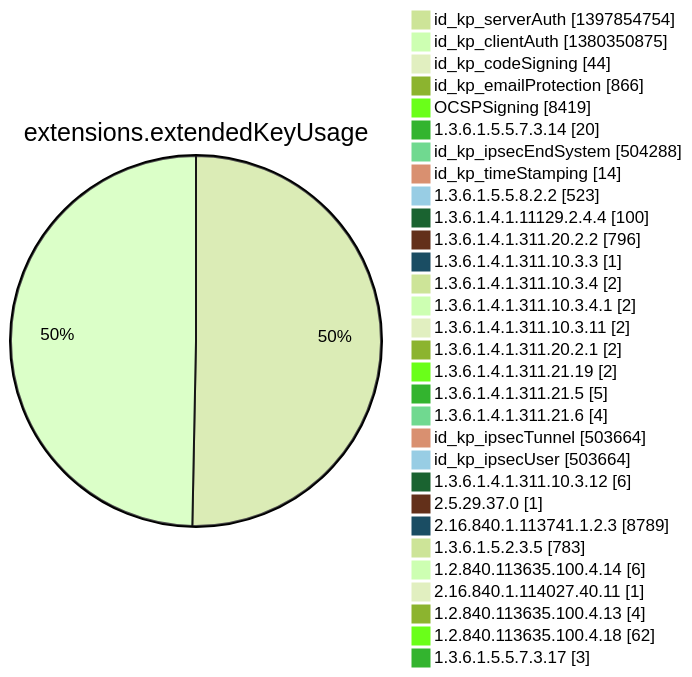
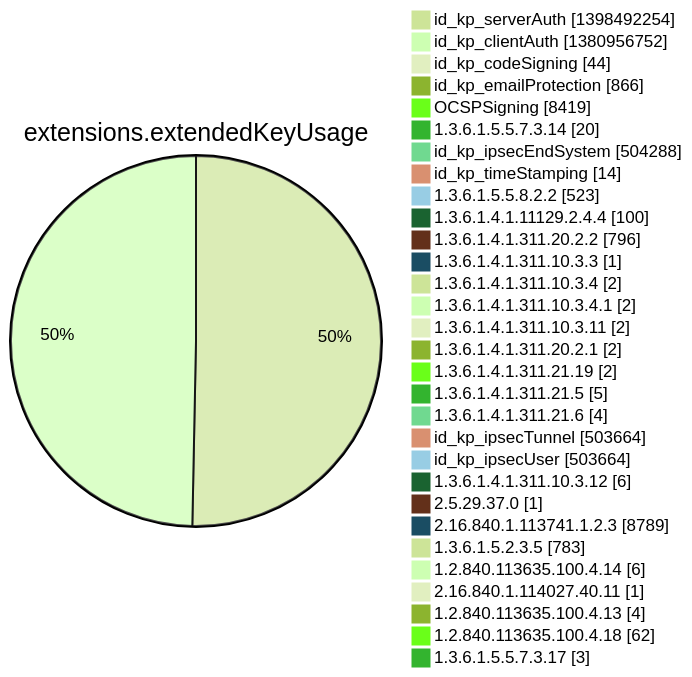
One commit to christiankrug/ctmonitor_visualization changed diagram 12 of 15 in argon2022/README.md. Above: the diagram before and after it, drawn with Mermaid (forest theme). The commit also changed other lines of this file, not shown here.

````diff
--- a/argon2022/README.md
+++ b/argon2022/README.md
@@ -3554,34 +3554,34 @@
 ```mermaid
 pie showData
 title extensions.extendedKeyUsage
-"id_kp_serverAuth" :1397854754
-"id_kp_clientAuth" :1380350875
+"id_kp_serverAuth" :1398492254
+"id_kp_clientAuth" :1380956752
 "id_kp_codeSigning" :44
 "id_kp_emailProtection" :866
 "OCSPSigning" :8419
 "1.3.6.1.5.5.7.3.14" :20
 "id_kp_ipsecEndSystem" :504288
 "id_kp_timeStamping" :14
 "1.3.6.1.5.5.8.2.2" :523
 "1.3.6.1.4.1.11129.2.4.4" :100
 "1.3.6.1.4.1.311.20.2.2" :796
 "1.3.6.1.4.1.311.10.3.3" :1
 "1.3.6.1.4.1.311.10.3.4" :2
 "1.3.6.1.4.1.311.10.3.4.1" :2
 "1.3.6.1.4.1.311.10.3.11" :2
 "1.3.6.1.4.1.311.20.2.1" :2
 "1.3.6.1.4.1.311.21.19" :2
 "1.3.6.1.4.1.311.21.5" :5
 "1.3.6.1.4.1.311.21.6" :4
 "id_kp_ipsecTunnel" :503664
 "id_kp_ipsecUser" :503664
 "1.3.6.1.4.1.311.10.3.12" :6
 "2.5.29.37.0" :1
 "2.16.840.1.113741.1.2.3" :8789
 "1.3.6.1.5.2.3.5" :783
 "1.2.840.113635.100.4.14" :6
 "2.16.840.1.114027.40.11" :1
 "1.2.840.113635.100.4.13" :4
 "1.2.840.113635.100.4.18" :62
 "1.3.6.1.5.5.7.3.17" :3
 ```
````
